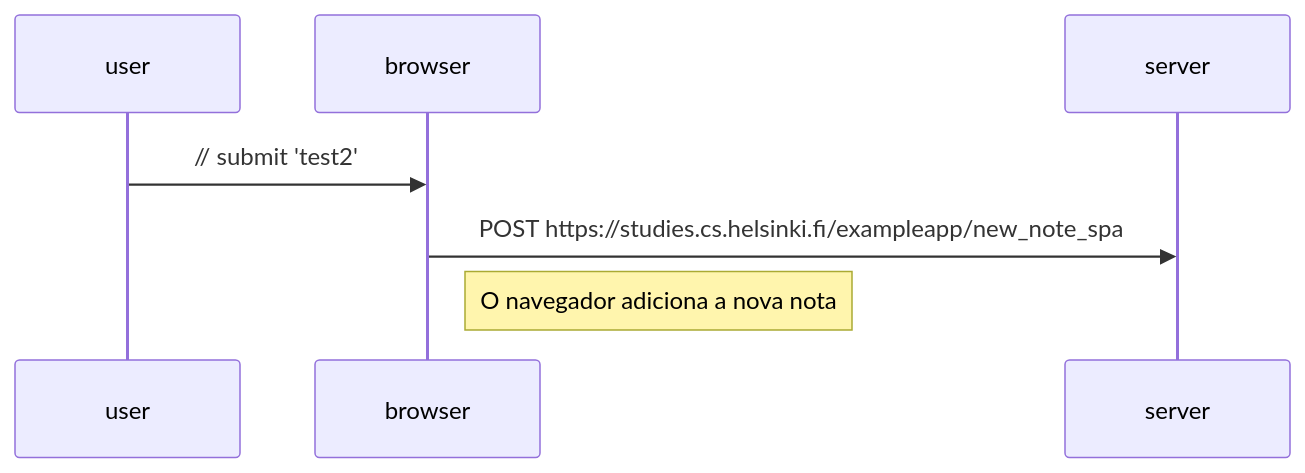
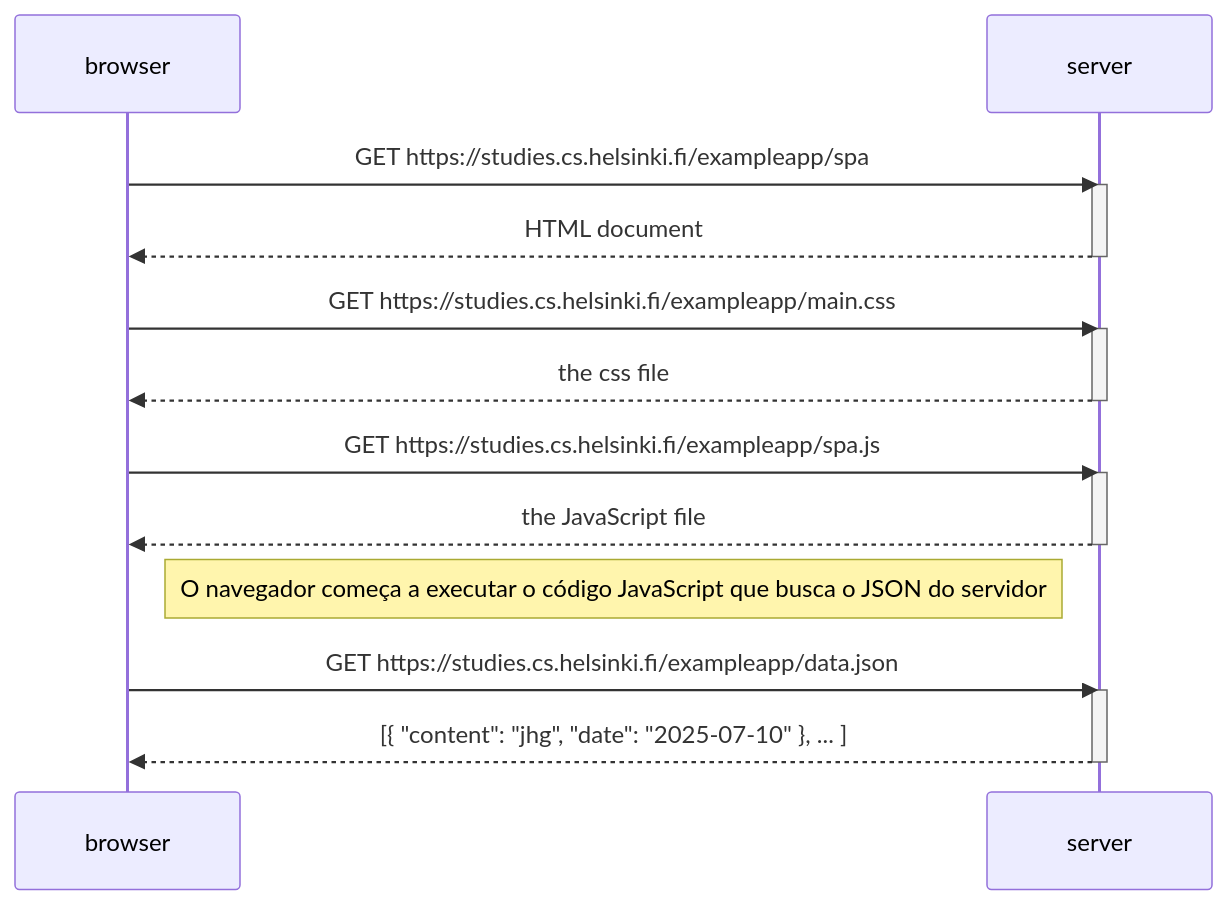
The diagram in part0/0.5.md (RqfaelJr/fullstack-course), drawn with Mermaid before and after one commit.

Commit message:
Exercicio 0.5

````diff
--- a/part0/0.5.md
+++ b/part0/0.5.md
@@ -1,10 +1,28 @@
 ```mermaid
 sequenceDiagram
-    participant user
     participant browser
     participant server
 
-    user->>browser: // submit 'test2'
-    browser->>server: POST https://studies.cs.helsinki.fi/exampleapp/new_note_spa
-    Note right of browser: O navegador adiciona a nova nota
-```   
+    browser->>server: GET https://studies.cs.helsinki.fi/exampleapp/spa
+    activate server
+    server-->>browser: HTML document
+    deactivate server
+
+    browser->>server: GET https://studies.cs.helsinki.fi/exampleapp/main.css
+    activate server
+    server-->>browser: the css file
+    deactivate server
+
+    browser->>server: GET https://studies.cs.helsinki.fi/exampleapp/spa.js
+    activate server
+    server-->>browser: the JavaScript file
+    deactivate server
+
+    Note right of browser: O navegador começa a executar o código JavaScript que busca o JSON do servidor
+
+    browser->>server: GET https://studies.cs.helsinki.fi/exampleapp/data.json
+    activate server
+    server-->>browser: [{ "content": "jhg", "date": "2025-07-10" }, ... ]
+    deactivate server
+
+```
````
